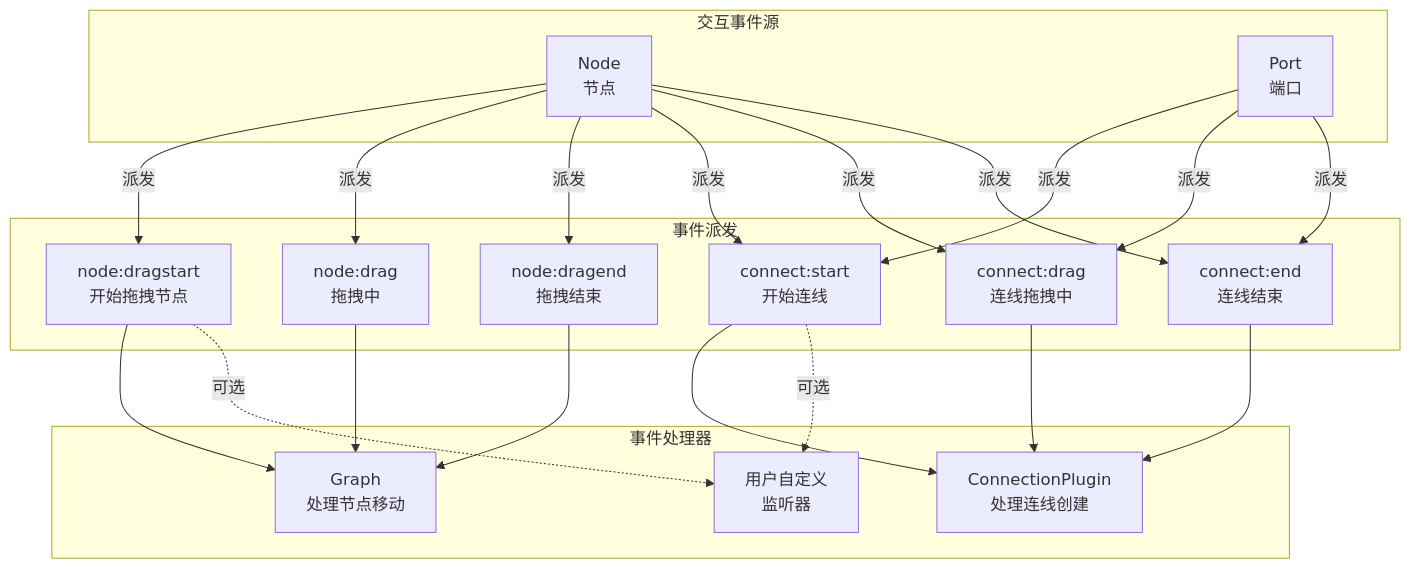
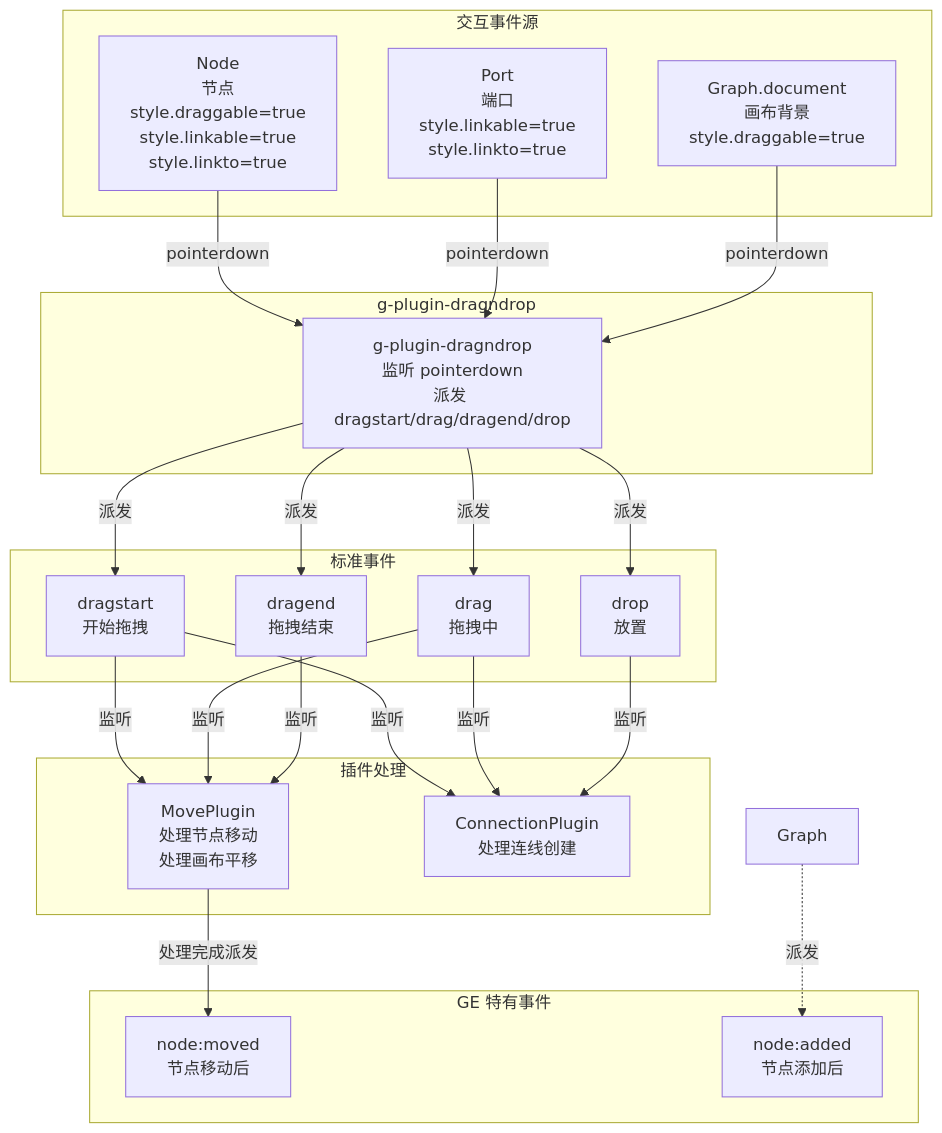
The sixth of 11 diagrams in packages/ge-core/docs/ARCHITECTURE.md (lloydzhou/ge), drawn with Mermaid before and after one commit. The commit also changed other lines of this file and 14 other files, not shown here.

First line of the commit message:
refactor: phase 1 - migrate to g-plugin-dragndrop and fix interaction issues

````diff
--- a/packages/ge-core/docs/ARCHITECTURE.md
+++ b/packages/ge-core/docs/ARCHITECTURE.md
@@ -316,44 +342,48 @@
 ```mermaid
 graph TB
     subgraph "交互事件源"
-        Node["Node<br/>节点"]
-        Port["Port<br/>端口"]
+        Node["Node<br/>节点<br/>style.draggable=true<br/>style.linkable=true<br/>style.linkto=true"]
+        Port["Port<br/>端口<br/>style.linkable=true<br/>style.linkto=true"]
+        Document["Graph.document<br/>画布背景<br/>style.draggable=true"]
     end
 
-    subgraph "事件派发"
-        E1["node:dragstart<br/>开始拖拽节点"]
-        E2["node:drag<br/>拖拽中"]
-        E3["node:dragend<br/>拖拽结束"]
-        E4["connect:start<br/>开始连线"]
-        E5["connect:drag<br/>连线拖拽中"]
-        E6["connect:end<br/>连线结束"]
+    subgraph "g-plugin-dragndrop"
+        Plugin["g-plugin-dragndrop<br/>监听 pointerdown<br/>派发 dragstart/drag/dragend/drop"]
     end
 
-    subgraph "事件处理器"
-        Graph1["Graph<br/>处理节点移动"]
-        Plugin["ConnectionPlugin<br/>处理连线创建"]
-        Custom["用户自定义<br/>监听器"]
+    subgraph "标准事件"
+        E1["dragstart<br/>开始拖拽"]
+        E2["drag<br/>拖拽中"]
+        E3["dragend<br/>拖拽结束"]
+        E4["drop<br/>放置"]
     end
 
-    Node -->|"派发"| E1
-    Node -->|"派发"| E2
-    Node -->|"派发"| E3
-    Node -->|"派发"| E4
-    Node -->|"派发"| E5
-    Node -->|"派发"| E6
+    subgraph "插件处理"
+        MovePlugin["MovePlugin<br/>处理节点移动<br/>处理画布平移"]
+        ConnectionPlugin["ConnectionPlugin<br/>处理连线创建"]
+    end
 
-    Port -->|"派发"| E4
-    Port -->|"派发"| E5
-    Port -->|"派发"| E6
+    subgraph "GE 特有事件"
+        E5["node:moved<br/>节点移动后"]
+        E6["node:added<br/>节点添加后"]
+    end
 
-    E1 --> Graph1
-    E2 --> Graph1
-    E3 --> Graph1
+    Node -->|"pointerdown"| Plugin
+    Port -->|"pointerdown"| Plugin
+    Document -->|"pointerdown"| Plugin
 
-    E4 --> Plugin
-    E5 --> Plugin
-    E6 --> Plugin
+    Plugin -->|"派发"| E1
+    Plugin -->|"派发"| E2
+    Plugin -->|"派发"| E3
+    Plugin -->|"派发"| E4
 
-    E1 -.->|"可选"| Custom
-    E4 -.->|"可选"| Custom
+    E1 -->|"监听"| MovePlugin
+    E1 -->|"监听"| ConnectionPlugin
+    E2 -->|"监听"| MovePlugin
+    E2 -->|"监听"| ConnectionPlugin
+    E3 -->|"监听"| MovePlugin
+    E4 -->|"监听"| ConnectionPlugin
+
+    MovePlugin -->|"处理完成派发"| E5
+    Graph -.->|"派发"| E6
 ```
````
